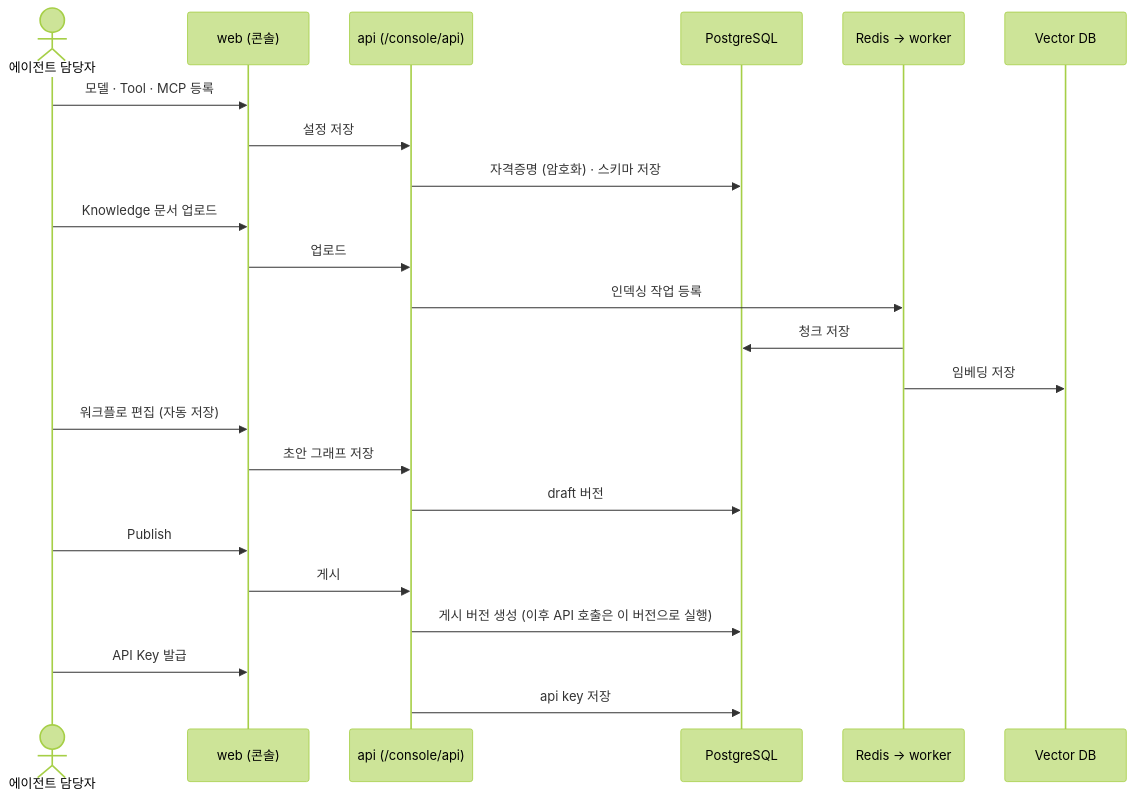
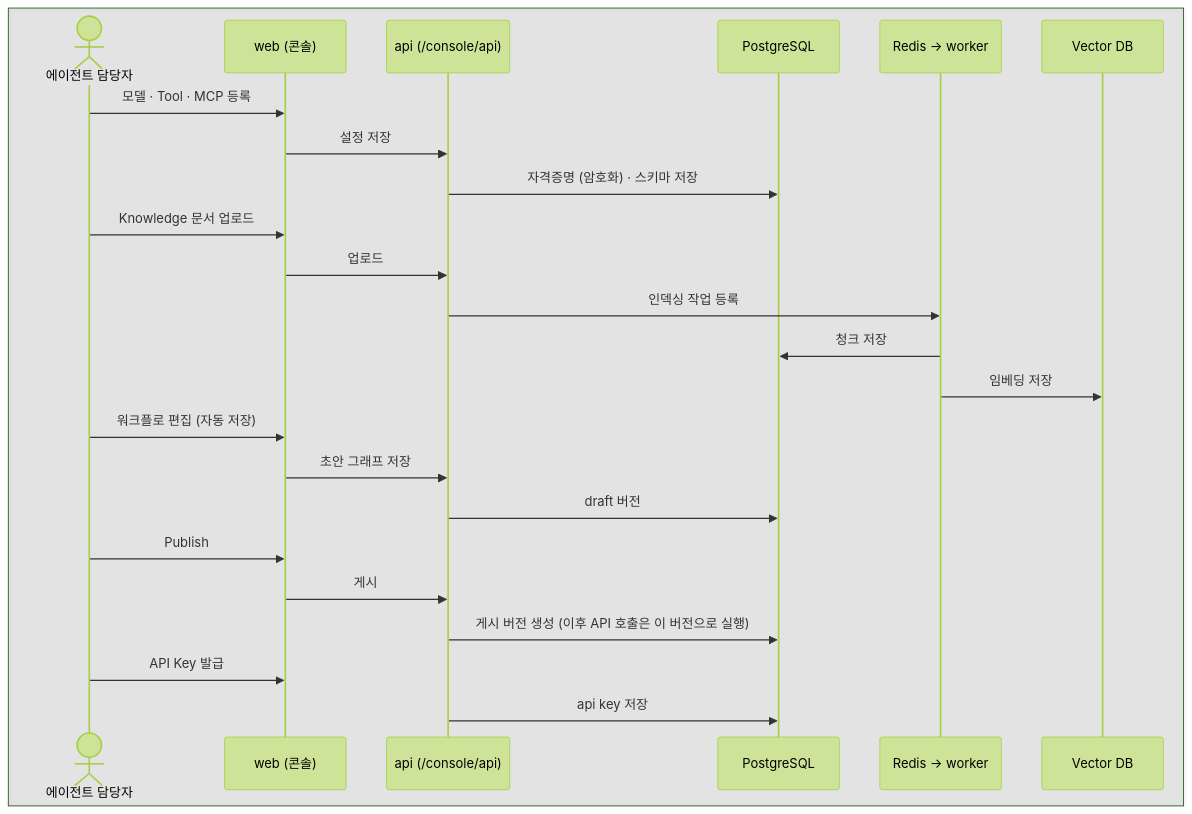
The second of 3 diagrams in docs/04_dify_platform_structure.md (kongrtan/zt9k39pm2e), drawn with Mermaid (forest theme) before and after one commit. The commit also changed other lines of this file and 1 other file, not shown here.

````diff
--- a/docs/04_dify_platform_structure.md
+++ b/docs/04_dify_platform_structure.md
@@ -125,26 +125,28 @@
 ```mermaid
 sequenceDiagram
-    actor U as 에이전트 담당자
-    participant W as web (콘솔)
-    participant A as api (/console/api)
-    participant P as PostgreSQL
-    participant Q as Redis → worker
-    participant V as Vector DB
+    box rgba(128,128,128,0.18)
+        actor U as 에이전트 담당자
+        participant W as web (콘솔)
+        participant A as api (/console/api)
+        participant P as PostgreSQL
+        participant Q as Redis → worker
+        participant V as Vector DB
+    end
 
     U->>W: 모델 · Tool · MCP 등록
     W->>A: 설정 저장
     A->>P: 자격증명 (암호화) · 스키마 저장
     U->>W: Knowledge 문서 업로드
     W->>A: 업로드
     A->>Q: 인덱싱 작업 등록
     Q->>P: 청크 저장
     Q->>V: 임베딩 저장
     U->>W: 워크플로 편집 (자동 저장)
     W->>A: 초안 그래프 저장
     A->>P: draft 버전
     U->>W: Publish
     W->>A: 게시
     A->>P: 게시 버전 생성 (이후 API 호출은 이 버전으로 실행)
     U->>W: API Key 발급
     A->>P: api key 저장
 ```
````
